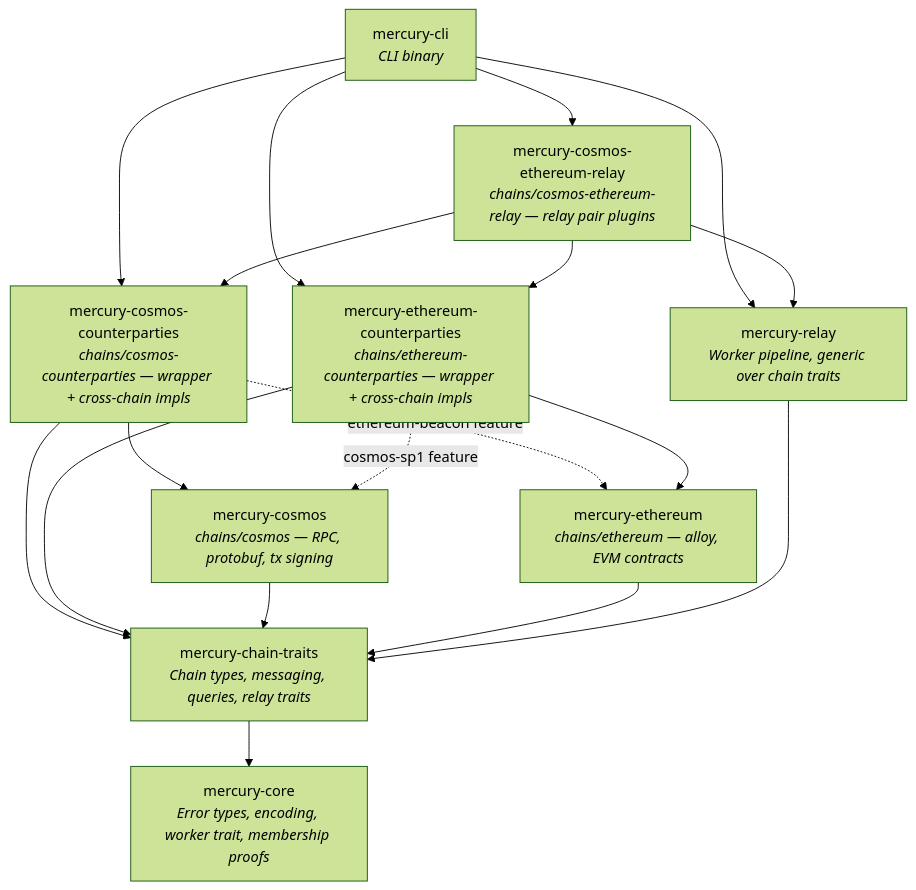
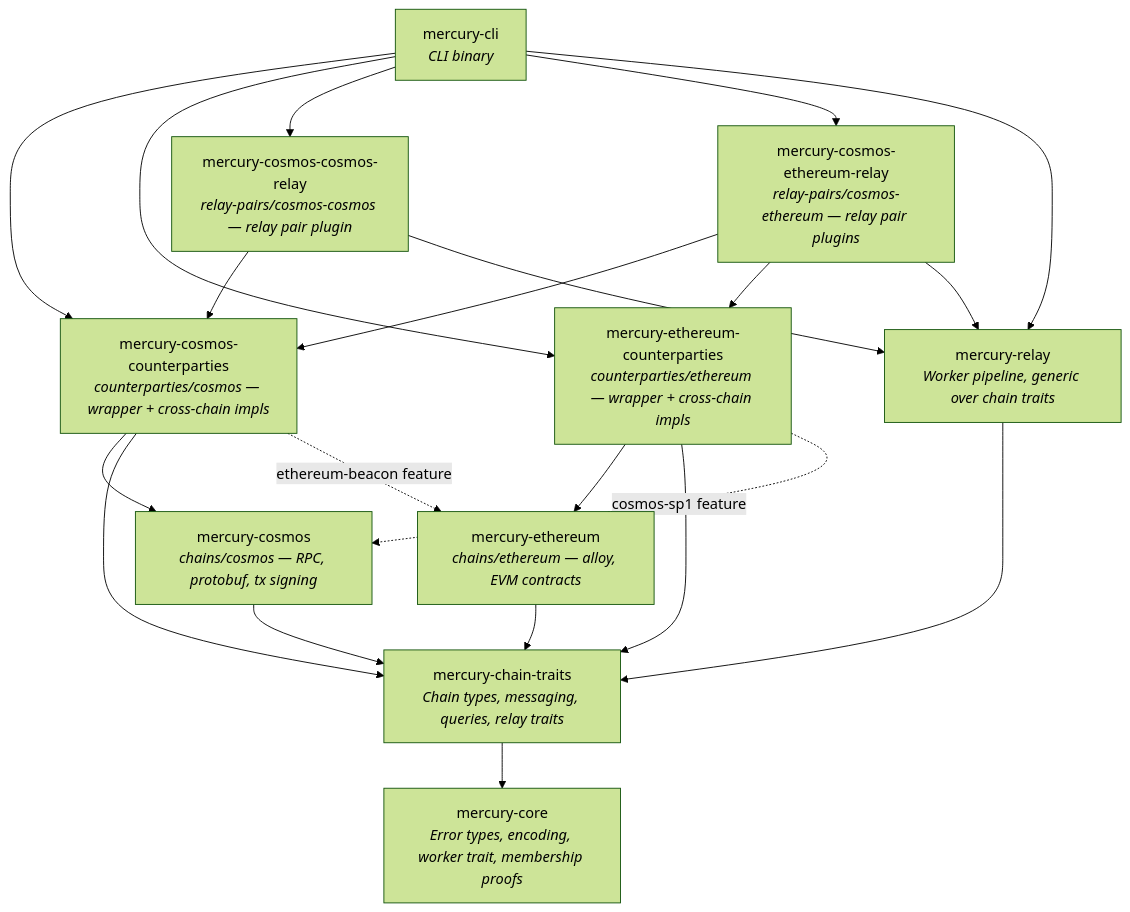
Before and after one commit to vaporif/mercury: the first of 2 diagrams in docs/architecture.md, drawn with Mermaid (forest theme). The commit also changed other lines of this file and 19 other files, not shown here.

````diff
--- a/docs/architecture.md
+++ b/docs/architecture.md
@@ -237,30 +238,34 @@
 ```mermaid
 graph TD
     CLI[mercury-cli<br/><i>CLI binary</i>]
     COSMOS[mercury-cosmos<br/><i>chains/cosmos — RPC, protobuf, tx signing</i>]
     ETH[mercury-ethereum<br/><i>chains/ethereum — alloy, EVM contracts</i>]
-    COSMOS_BR[mercury-cosmos-counterparties<br/><i>chains/cosmos-counterparties — wrapper + cross-chain impls</i>]
-    ETH_BR[mercury-ethereum-counterparties<br/><i>chains/ethereum-counterparties — wrapper + cross-chain impls</i>]
-    CER[mercury-cosmos-ethereum-relay<br/><i>chains/cosmos-ethereum-relay — relay pair plugins</i>]
+    COSMOS_BR[mercury-cosmos-counterparties<br/><i>counterparties/cosmos — wrapper + cross-chain impls</i>]
+    ETH_BR[mercury-ethereum-counterparties<br/><i>counterparties/ethereum — wrapper + cross-chain impls</i>]
+    CCR[mercury-cosmos-cosmos-relay<br/><i>relay-pairs/cosmos-cosmos — relay pair plugin</i>]
+    CER[mercury-cosmos-ethereum-relay<br/><i>relay-pairs/cosmos-ethereum — relay pair plugins</i>]
     RELAY[mercury-relay<br/><i>Worker pipeline, generic over chain traits</i>]
     TRAITS[mercury-chain-traits<br/><i>Chain types, messaging, queries, relay traits</i>]
     CORE[mercury-core<br/><i>Error types, encoding, worker trait, membership proofs</i>]
 
     CLI --> COSMOS_BR
     CLI --> ETH_BR
+    CLI --> CCR
     CLI --> CER
     CLI --> RELAY
+    CCR --> COSMOS_BR
+    CCR --> RELAY
     CER --> COSMOS_BR
     CER --> ETH_BR
     CER --> RELAY
     COSMOS_BR --> COSMOS
     COSMOS_BR --> TRAITS
     COSMOS_BR -. "ethereum-beacon feature" .-> ETH
     ETH_BR --> ETH
     ETH_BR --> TRAITS
     ETH_BR -. "cosmos-sp1 feature" .-> COSMOS
     COSMOS --> TRAITS
     ETH --> TRAITS
     RELAY --> TRAITS
     TRAITS --> CORE
 ```
````
